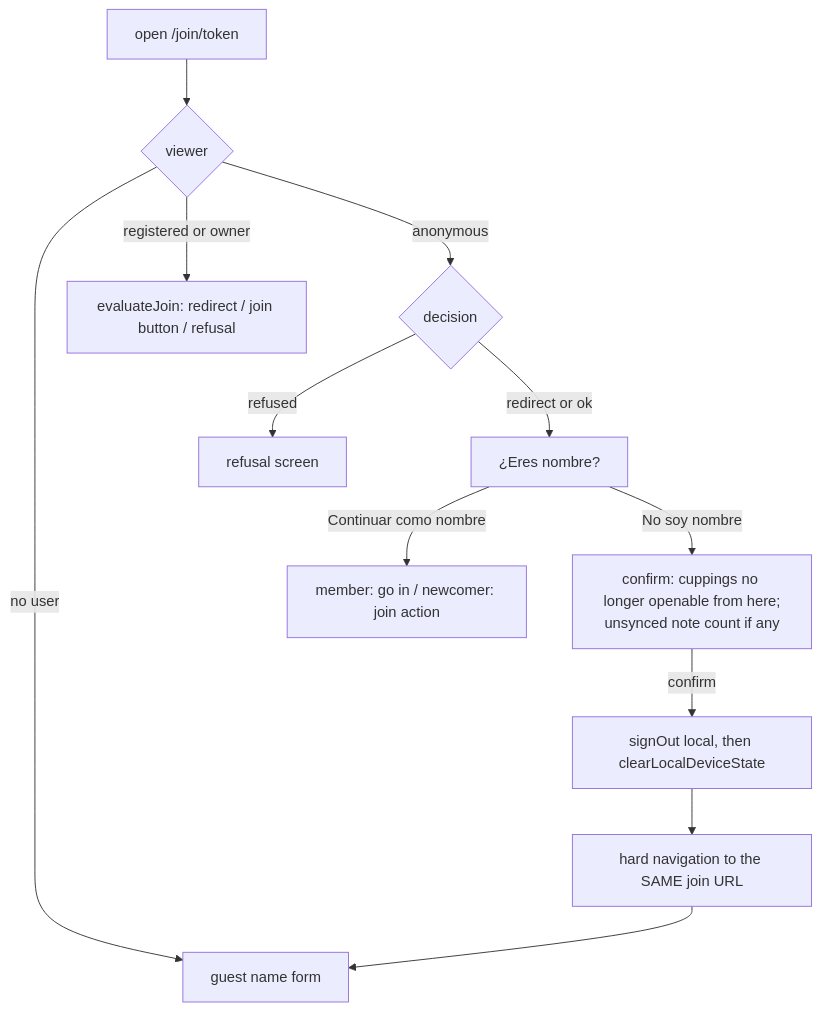
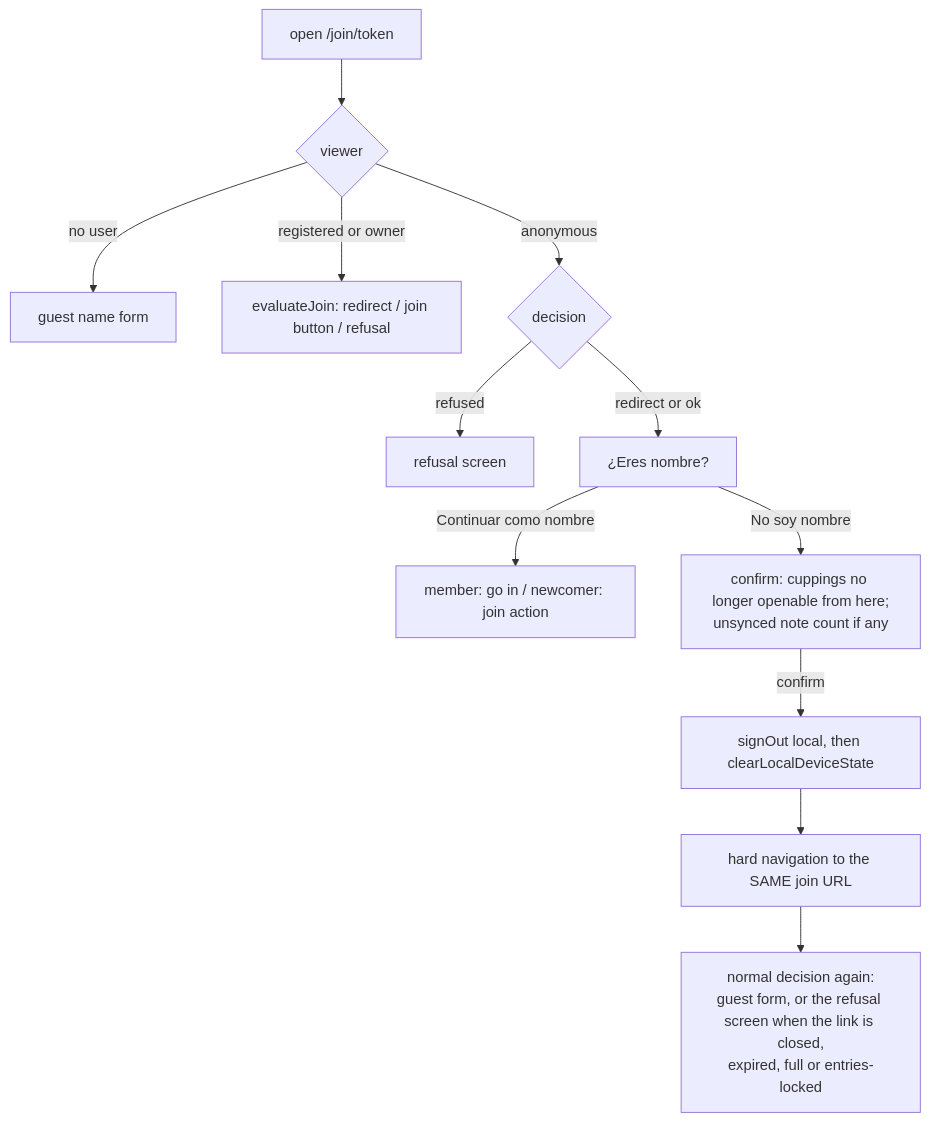
Before and after one commit to ricardovelezd27/cata-cafe: the fourth of 18 diagrams in docs/flows.md, drawn with Mermaid. The commit also changed other lines of this file and 8 other files, not shown here.

````diff
--- a/docs/flows.md
+++ b/docs/flows.md
@@ -341,13 +341,15 @@
 ```mermaid
 flowchart TD
     O[open /join/token] --> V{viewer}
     V -- no user --> GF[guest name form]
     V -- registered or owner --> D[evaluateJoin: redirect / join button / refusal]
     V -- anonymous --> K{decision}
     K -- refused --> R[refusal screen]
     K -- redirect or ok --> I["¿Eres nombre?"]
     I -- Continuar como nombre --> C[member: go in / newcomer: join action]
     I -- No soy nombre --> W[confirm: cuppings no longer openable from here;\nunsynced note count if any]
     W -- confirm --> S[signOut local, then clearLocalDeviceState]
-    S --> H[hard navigation to the SAME join URL] --> GF
+    S --> H[hard navigation to the SAME join URL] --> N[normal decision again:
+guest form, or the refusal screen when the link is closed,
+expired, full or entries-locked]
 ```
````
